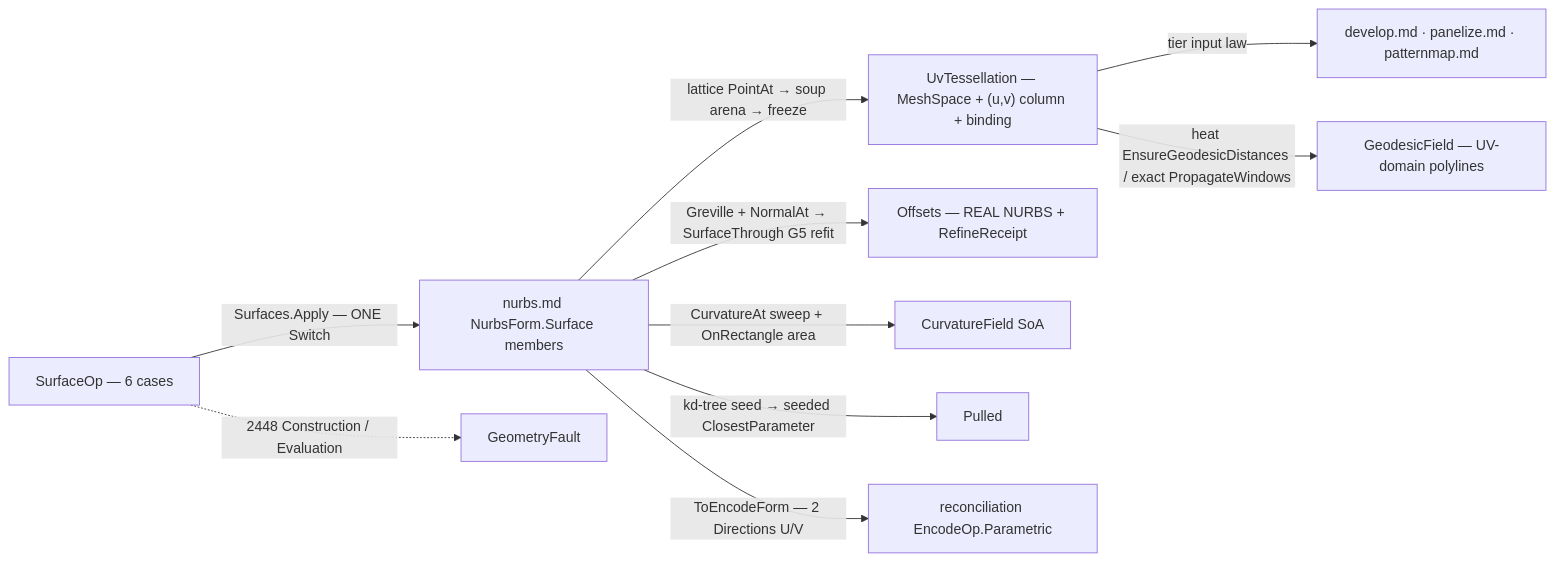
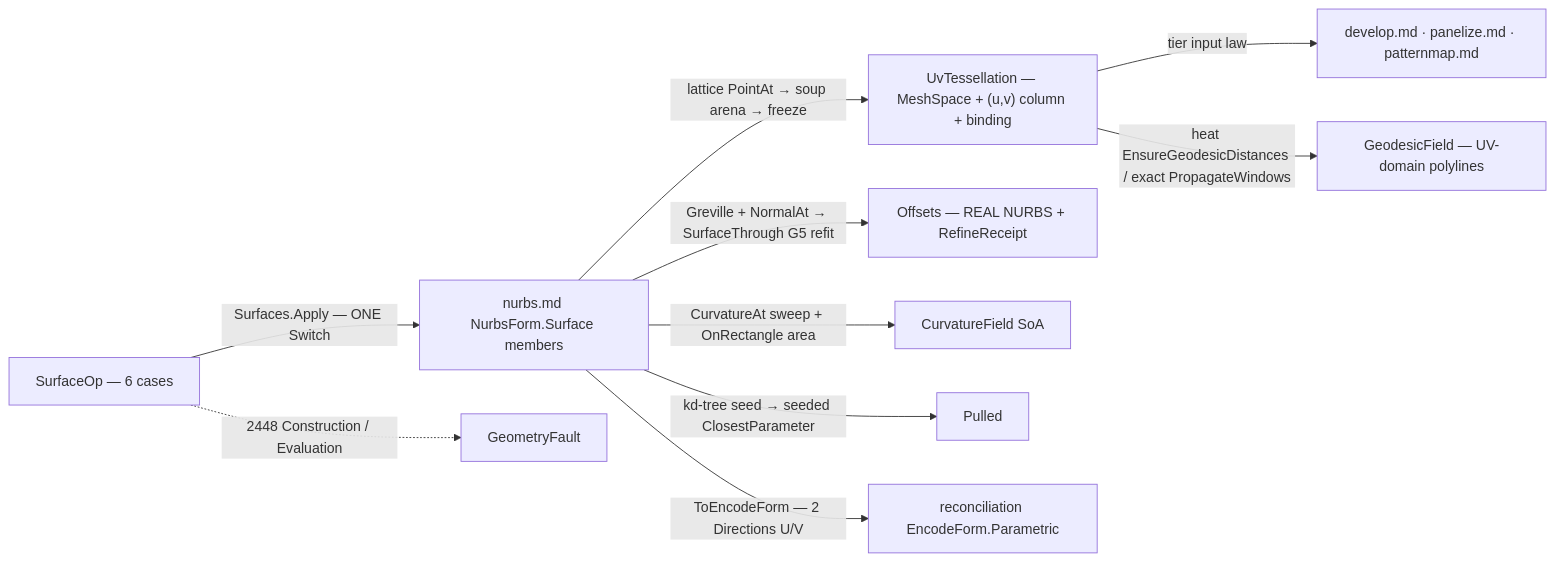
One commit to bsamiee/Rasm changed the diagram in libs/csharp/Rasm/.planning/Parametric/surface.md. Above: the diagram before and after it, drawn with Mermaid. The commit also changed other lines of this file and 68 other files, not shown here.

````diff
--- a/libs/csharp/Rasm/.planning/Parametric/surface.md
+++ b/libs/csharp/Rasm/.planning/Parametric/surface.md
@@ -236,12 +238,12 @@
 ```mermaid
 flowchart LR
     Op["SurfaceOp — 6 cases"] -->|"Surfaces.Apply — ONE Switch"| Engine["nurbs.md NurbsForm.Surface members"]
     Engine -->|"lattice PointAt → soup arena → freeze"| UvT["UvTessellation — MeshSpace + (u,v) column + binding"]
     UvT -->|"tier input law"| Consumers["develop.md · panelize.md · patternmap.md"]
     UvT -->|"heat EnsureGeodesicDistances / exact PropagateWindows"| Contours["GeodesicField — UV-domain polylines"]
     Engine -->|"Greville + NormalAt → SurfaceThrough G5 refit"| Offsets["Offsets — REAL NURBS + RefineReceipt"]
     Engine -->|"CurvatureAt sweep + OnRectangle area"| Field["CurvatureField SoA"]
     Engine -->|"kd-tree seed → seeded ClosestParameter"| Pulled
-    Engine -->|"ToEncodeForm — 2 Directions U/V"| Identity["reconciliation EncodeOp.Parametric"]
+    Engine -->|"ToEncodeForm — 2 Directions U/V"| Identity["reconciliation EncodeForm.Parametric"]
     Op -.->|"2448 Construction / Evaluation"| GeometryFault
 ```
````
